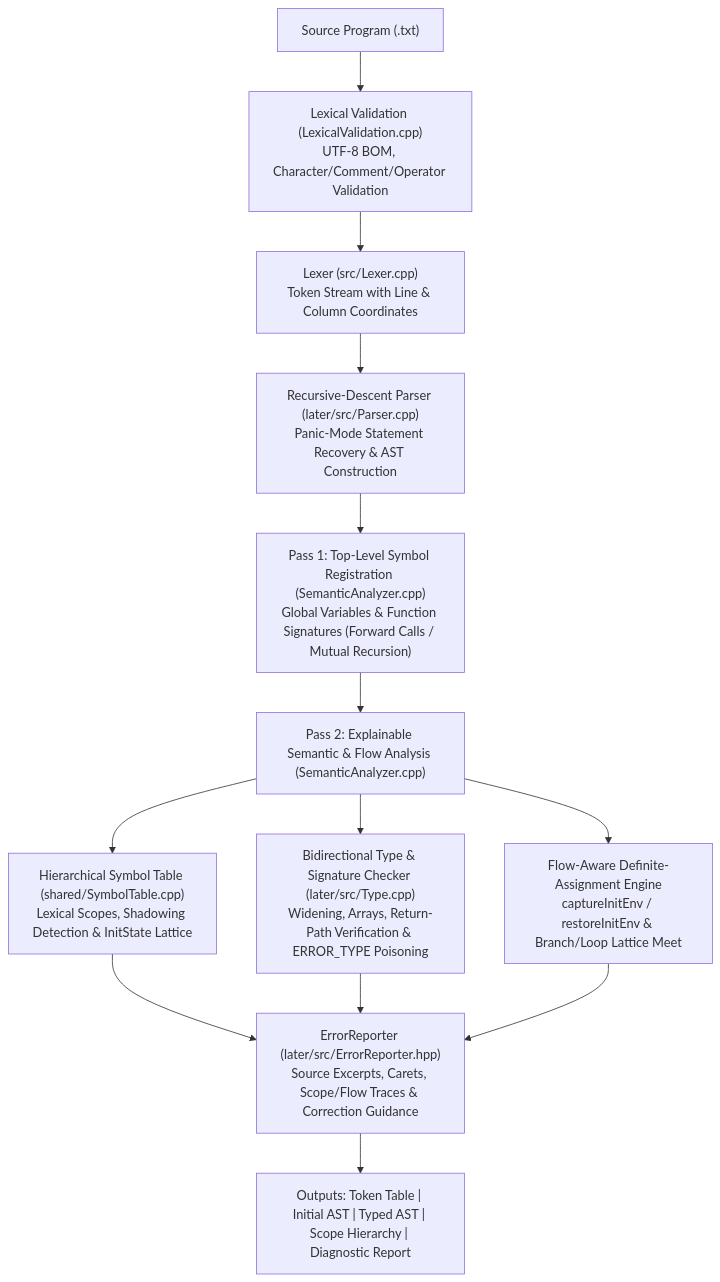
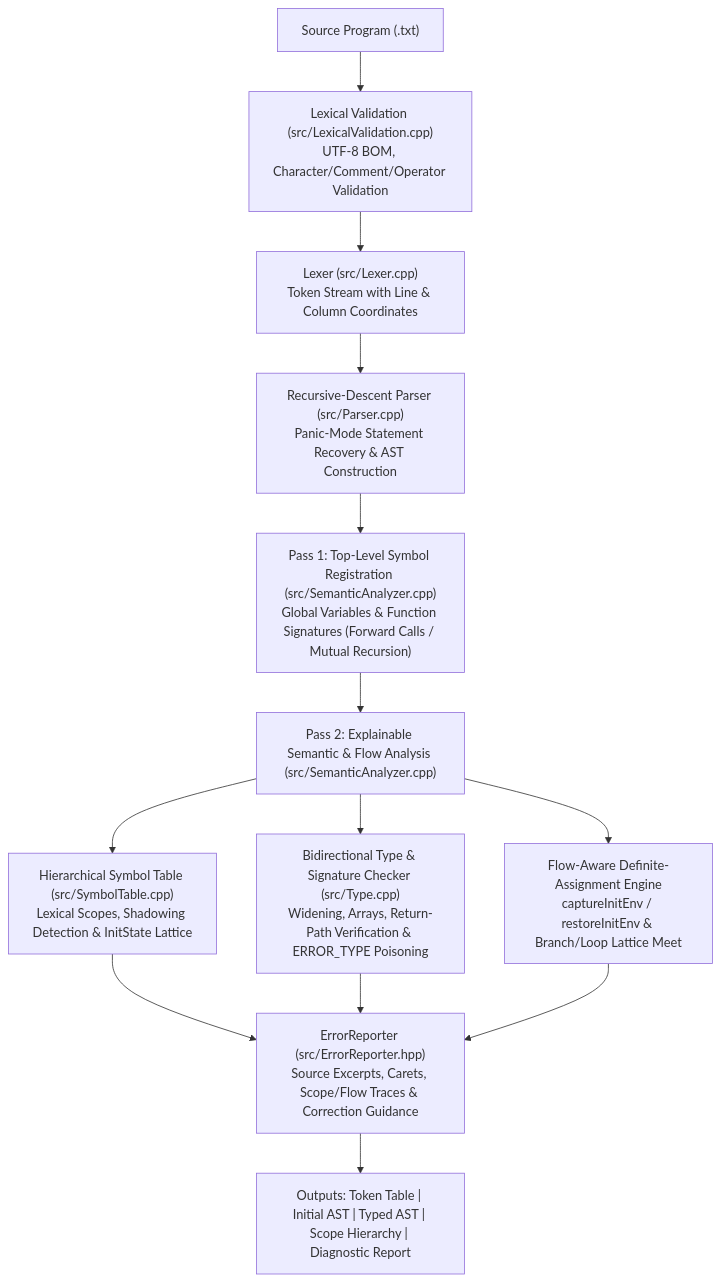
The diagram in deliverables/Final_Project_Report.md (MKDev121/semantic-analyzer), drawn with Mermaid before and after one commit. The commit also changed other lines of this file and 67 other files, not shown here.

````diff
--- a/deliverables/Final_Project_Report.md
+++ b/deliverables/Final_Project_Report.md
@@ -162,15 +162,15 @@
 ```mermaid
 flowchart TD
-    A["Source Program (.txt)"] --> B["Lexical Validation (LexicalValidation.cpp)<br/>UTF-8 BOM, Character/Comment/Operator Validation"]
+    A["Source Program (.txt)"] --> B["Lexical Validation (src/LexicalValidation.cpp)<br/>UTF-8 BOM, Character/Comment/Operator Validation"]
     B --> C["Lexer (src/Lexer.cpp)<br/>Token Stream with Line & Column Coordinates"]
-    C --> D["Recursive-Descent Parser (later/src/Parser.cpp)<br/>Panic-Mode Statement Recovery & AST Construction"]
-    D --> E["Pass 1: Top-Level Symbol Registration (SemanticAnalyzer.cpp)<br/>Global Variables & Function Signatures (Forward Calls / Mutual Recursion)"]
-    E --> F["Pass 2: Explainable Semantic & Flow Analysis (SemanticAnalyzer.cpp)"]
-    F --> F1["Hierarchical Symbol Table (shared/SymbolTable.cpp)<br/>Lexical Scopes, Shadowing Detection & InitState Lattice"]
-    F --> F2["Bidirectional Type & Signature Checker (later/src/Type.cpp)<br/>Widening, Arrays, Return-Path Verification & ERROR_TYPE Poisoning"]
+    C --> D["Recursive-Descent Parser (src/Parser.cpp)<br/>Panic-Mode Statement Recovery & AST Construction"]
+    D --> E["Pass 1: Top-Level Symbol Registration (src/SemanticAnalyzer.cpp)<br/>Global Variables & Function Signatures (Forward Calls / Mutual Recursion)"]
+    E --> F["Pass 2: Explainable Semantic & Flow Analysis (src/SemanticAnalyzer.cpp)"]
+    F --> F1["Hierarchical Symbol Table (src/SymbolTable.cpp)<br/>Lexical Scopes, Shadowing Detection & InitState Lattice"]
+    F --> F2["Bidirectional Type & Signature Checker (src/Type.cpp)<br/>Widening, Arrays, Return-Path Verification & ERROR_TYPE Poisoning"]
     F --> F3["Flow-Aware Definite-Assignment Engine<br/>captureInitEnv / restoreInitEnv & Branch/Loop Lattice Meet"]
-    F1 --> G["ErrorReporter (later/src/ErrorReporter.hpp)<br/>Source Excerpts, Carets, Scope/Flow Traces & Correction Guidance"]
+    F1 --> G["ErrorReporter (src/ErrorReporter.hpp)<br/>Source Excerpts, Carets, Scope/Flow Traces & Correction Guidance"]
     F2 --> G
     F3 --> G
     G --> H["Outputs: Token Table | Initial AST | Typed AST | Scope Hierarchy | Diagnostic Report"]
 ```
````
